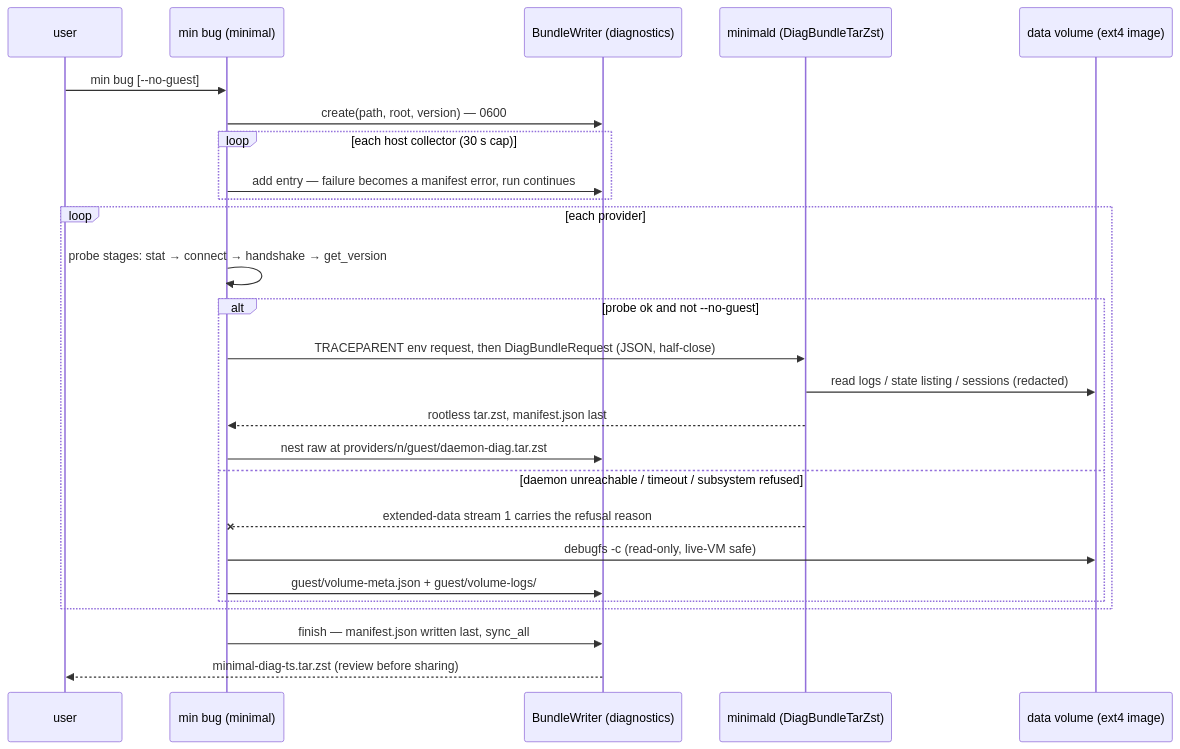
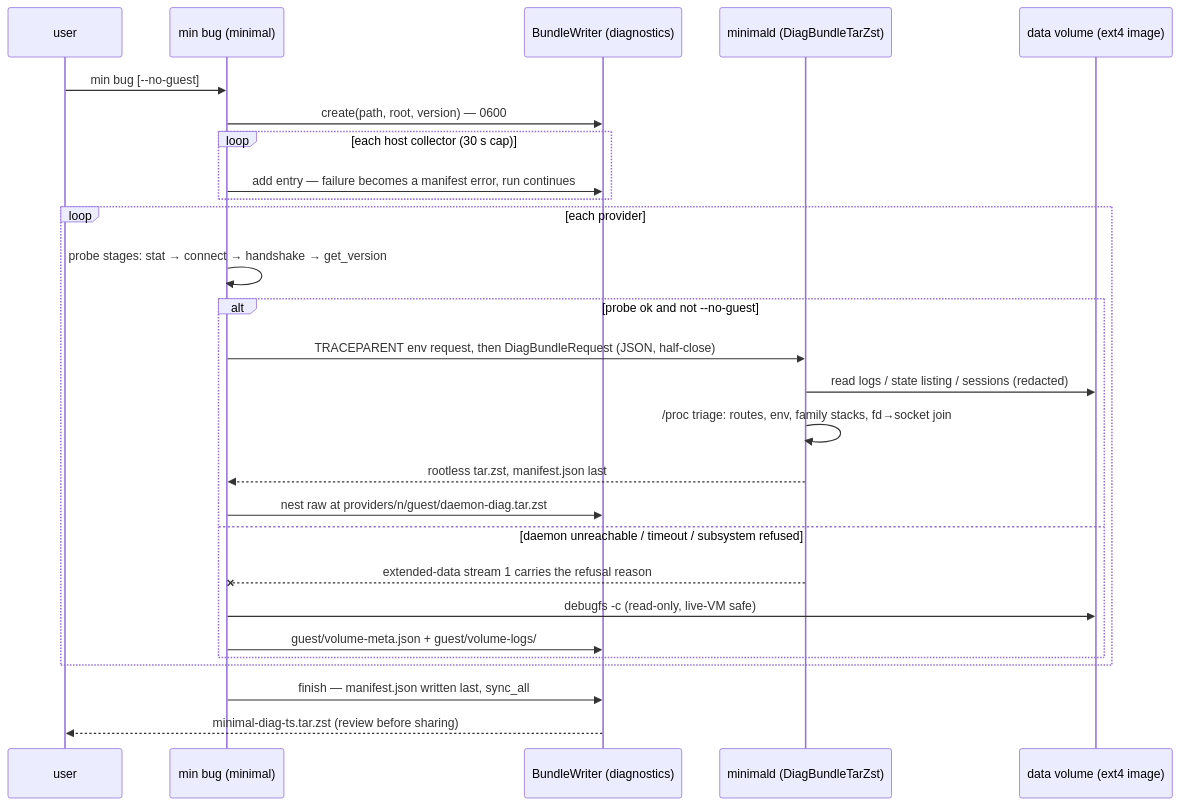
One commit to gominimal/minimal changed the second of 4 diagrams in docs/specs/10-spec-diagnostics/architecture.md. Above: the diagram before and after it, drawn with Mermaid. The commit also changed other lines of this file and 1 other file, not shown here.

````diff
--- a/docs/specs/10-spec-diagnostics/architecture.md
+++ b/docs/specs/10-spec-diagnostics/architecture.md
@@ -97,29 +97,30 @@
 ```mermaid
 sequenceDiagram
     participant U as user
     participant B as min bug (minimal)
     participant W as BundleWriter (diagnostics)
     participant D as minimald (DiagBundleTarZst)
     participant V as data volume (ext4 image)
 
     U->>B: min bug [--no-guest]
     B->>W: create(path, root, version) — 0600
     loop each host collector (30 s cap)
         B->>W: add entry — failure becomes a manifest error, run continues
     end
     loop each provider
         B->>B: probe stages: stat → connect → handshake → get_version
         alt probe ok and not --no-guest
             B->>D: TRACEPARENT env request, then DiagBundleRequest (JSON, half-close)
             D->>V: read logs / state listing / sessions (redacted)
+            D->>D: /proc triage: routes, env, family stacks, fd→socket join
             D-->>B: rootless tar.zst, manifest.json last
             B->>W: nest raw at providers/n/guest/daemon-diag.tar.zst
         else daemon unreachable / timeout / subsystem refused
             D--xB: extended-data stream 1 carries the refusal reason
             B->>V: debugfs -c (read-only, live-VM safe)
             B->>W: guest/volume-meta.json + guest/volume-logs/
         end
     end
     B->>W: finish — manifest.json written last, sync_all
     W-->>U: minimal-diag-ts.tar.zst (review before sharing)
 ```
````
